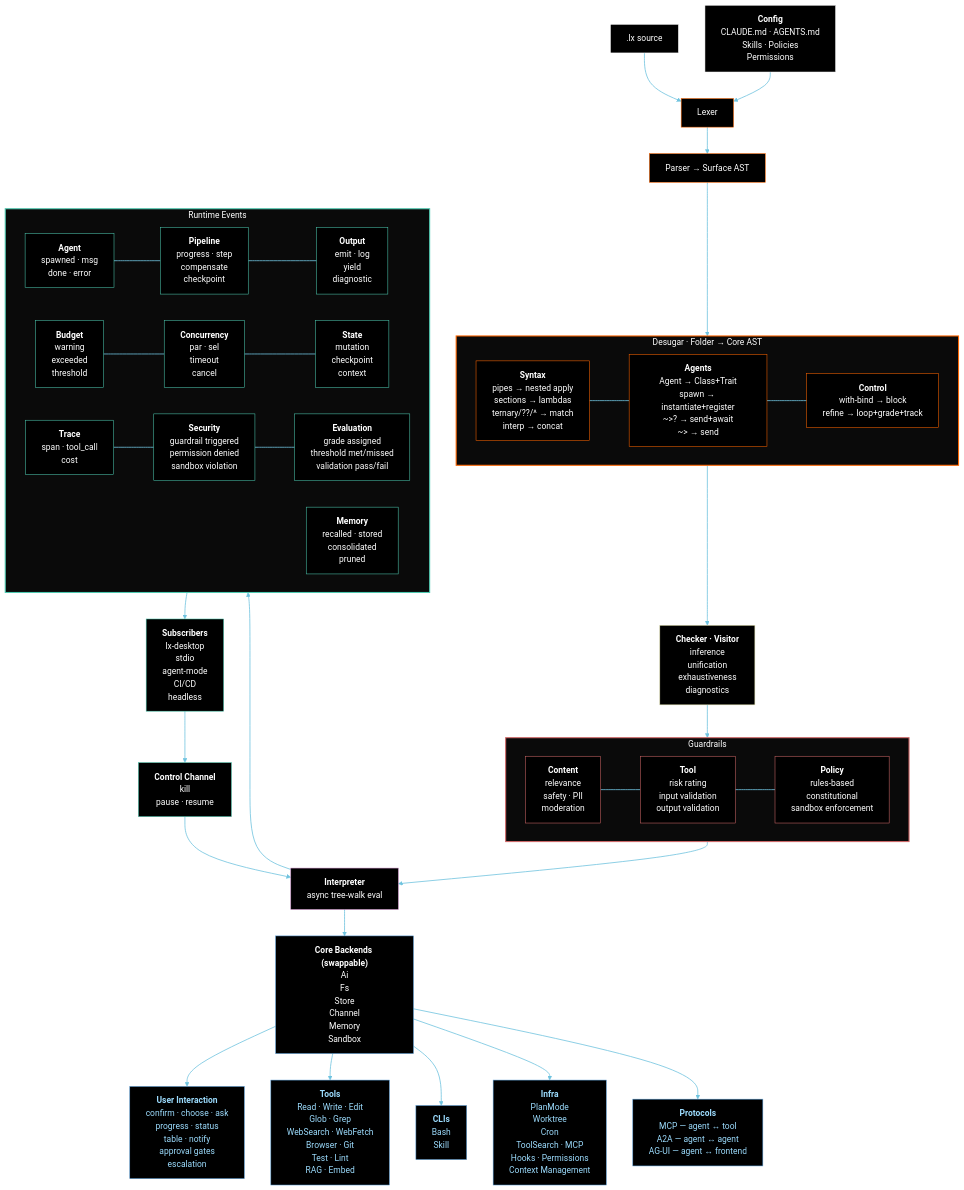
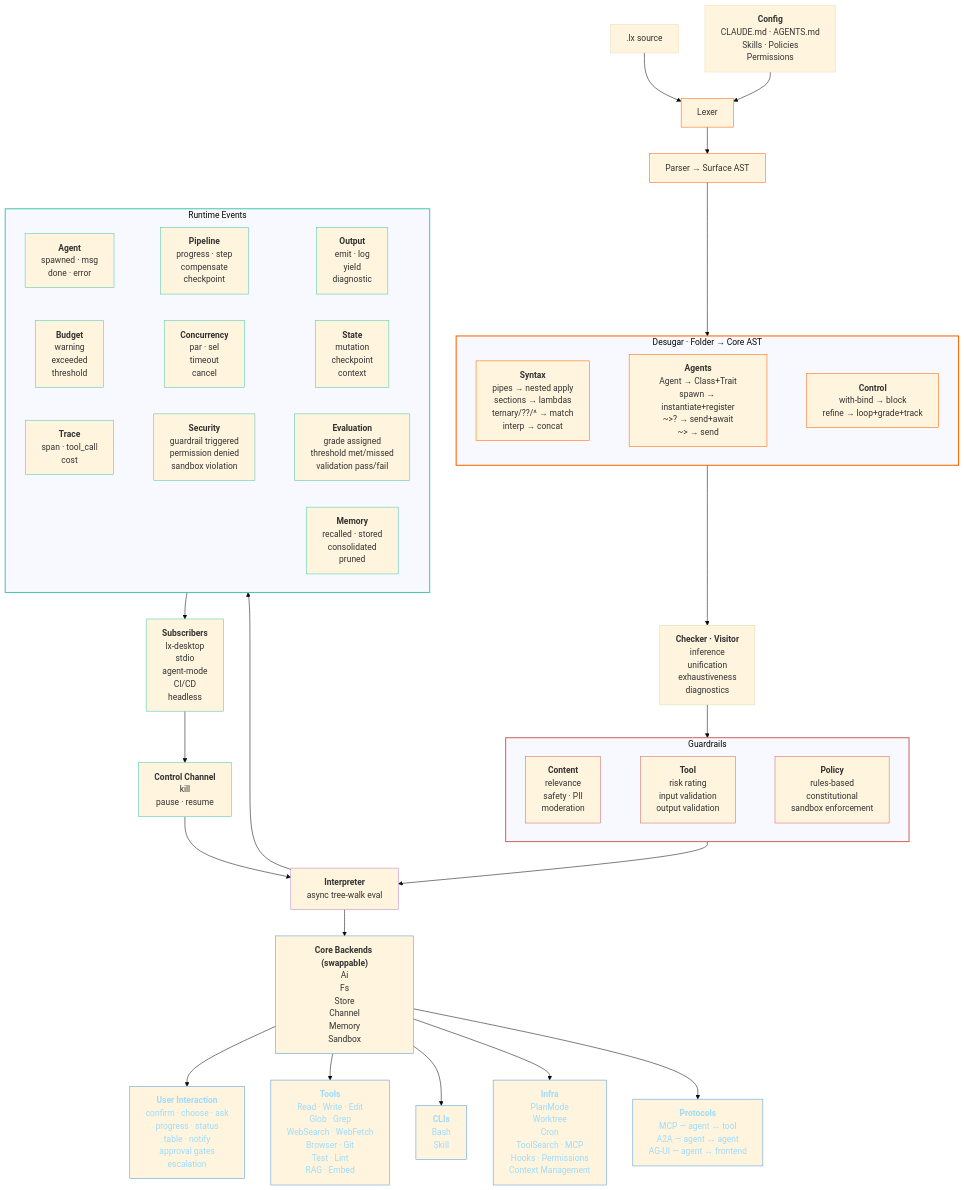
The diagram in DIAGRAM.mmd (Distortedlogic/lx), drawn with Mermaid (base theme) before and after one commit. The commit also changed 7 other files, not shown here.

Commit message:
Update CLAUDE.md, DIAGRAM.mmd, DIAGRAM.png, and 5 more files

```diff
--- a/DIAGRAM.mmd
+++ b/DIAGRAM.mmd
@@ -1,166 +1,163 @@
 graph TD
-    source[".lx source"]:::white
+    source[".lx source"]
     config["`**Config**
 CLAUDE.md · AGENTS.md
 Skills · Policies
-Permissions`"]:::white
+Permissions`"]
     source --> lexer["Lexer"]:::orange
     config --> lexer
     lexer --> parser["Parser → Surface AST"]:::orange
     parser --> desugars
 
     subgraph desugars ["Desugar · Folder → Core AST"]
         direction LR
         ds_syntax["`**Syntax**
 pipes → nested apply
 sections → lambdas
 ternary/??/^ → match
 interp → concat`"]:::orange
         ds_agents["`**Agents**
 Agent → Class+Trait
 spawn → instantiate+register
 ~>? → send+await
 ~> → send`"]:::orange
         ds_control["`**Control**
 with-bind → block
 refine → loop+grade+track`"]:::orange
         ds_syntax ~~~ ds_agents ~~~ ds_control
     end
 
     desugars --> checker["`**Checker · Visitor**
 inference
 unification
 exhaustiveness
 diagnostics`"]:::yellow
     checker --> guardrails
 
     subgraph guardrails ["Guardrails"]
         direction LR
         gr_content["`**Content**
 relevance
 safety · PII
 moderation`"]:::red
         gr_tool["`**Tool**
 risk rating
 input validation
 output validation`"]:::red
         gr_policy["`**Policy**
 rules-based
 constitutional
 sandbox enforcement`"]:::red
         gr_content ~~~ gr_tool ~~~ gr_policy
     end
 
     guardrails --> interpreter["`**Interpreter**
 async tree-walk eval`"]:::purple
 
     interpreter --> backends["`**Core Backends (swappable)**
 Ai
 Fs
 Store
 Channel
 Memory
 Sandbox`"]:::blue
     interpreter --> events
 
     backends --> user["`**User Interaction**
 confirm · choose · ask
 progress · status
 table · notify
 approval gates
 escalation`"]:::bluelight
 
     subgraph events ["Runtime Events"]
         direction LR
         evt_agent["`**Agent**
 spawned · msg
 done · error`"]:::teal
         evt_pipeline["`**Pipeline**
 progress · step
 compensate
 checkpoint`"]:::teal
         evt_output["`**Output**
 emit · log
 yield
 diagnostic`"]:::teal
         evt_budget["`**Budget**
 warning
 exceeded
 threshold`"]:::teal
         evt_concurrency["`**Concurrency**
 par · sel
 timeout
 cancel`"]:::teal
         evt_state["`**State**
 mutation
 checkpoint
 context`"]:::teal
         evt_trace["`**Trace**
 span · tool_call
 cost`"]:::teal
         evt_security["`**Security**
 guardrail triggered
 permission denied
 sandbox violation`"]:::teal
         evt_eval["`**Evaluation**
 grade assigned
 threshold met/missed
 validation pass/fail`"]:::teal
         evt_memory["`**Memory**
 recalled · stored
 consolidated
 pruned`"]:::teal
         evt_agent ~~~ evt_pipeline ~~~ evt_output
         evt_budget ~~~ evt_concurrency ~~~ evt_state
         evt_trace ~~~ evt_security ~~~ evt_eval
     end
 
     backends --> tools["`**Tools**
 Read · Write · Edit
 Glob · Grep
 WebSearch · WebFetch
 Browser · Git
 Test · Lint
 RAG · Embed`"]:::bluelight
     backends --> clis["`**CLIs**
 Bash
 Skill`"]:::bluelight
     backends --> infra["`**Infra**
 PlanMode
 Worktree
 Cron
 ToolSearch · MCP
 Hooks · Permissions
 Context Management`"]:::bluelight
 
     backends --> protocols["`**Protocols**
 MCP — agent ↔ tool
 A2A — agent ↔ agent
 AG-UI — agent ↔ frontend`"]:::bluelight
 
     events --> subs["`**Subscribers**
 lx-desktop
 stdio
 agent-mode
 CI/CD
 headless`"]:::teal
 
     subs --> control["`**Control Channel**
 kill
 pause · resume`"]:::teal
     control --> interpreter
 
-    classDef white fill:#000,stroke:#fff,color:#fff
-    classDef orange fill:#000,stroke:#ff6600,color:#fff
-    classDef yellow fill:#000,stroke:#dcdcaa,color:#fff
-    classDef red fill:#000,stroke:#d16969,color:#fff
-    classDef purple fill:#000,stroke:#c586c0,color:#fff
-    classDef blue fill:#000,stroke:#569cd6,color:#fff
-    classDef bluelight fill:#000,stroke:#569cd6,color:#9cdcfe
-    classDef teal fill:#000,stroke:#4ec9b0,color:#fff
+    classDef orange stroke:#ff6600
+    classDef yellow stroke:#dcdcaa
+    classDef red stroke:#d16969
+    classDef purple stroke:#c586c0
+    classDef blue stroke:#569cd6
+    classDef bluelight stroke:#569cd6,color:#9cdcfe
+    classDef teal stroke:#4ec9b0
 
-    style desugars fill:#0a0a0a,stroke:#ff6600,color:#fff,stroke-width:2px
-    style guardrails fill:#0a0a0a,stroke:#d16969,color:#fff,stroke-width:2px
-    style events fill:#0a0a0a,stroke:#4ec9b0,color:#fff,stroke-width:2px
-
-    linkStyle default stroke:#6fc3df,stroke-width:1.5px
+    style desugars stroke:#ff6600,stroke-width:2px
+    style guardrails stroke:#d16969,stroke-width:2px
+    style events stroke:#4ec9b0,stroke-width:2px
```
